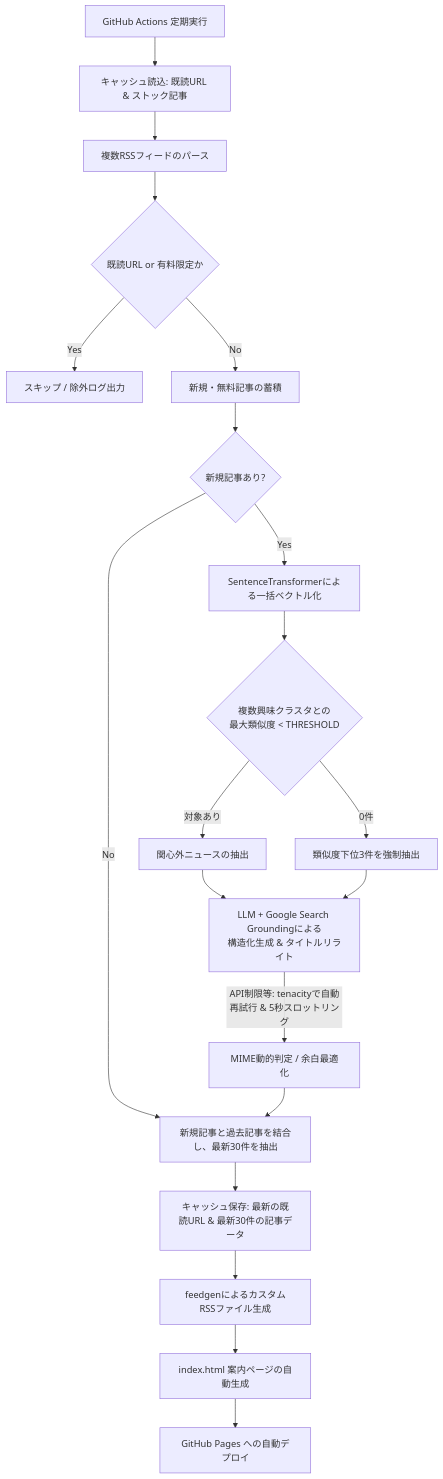
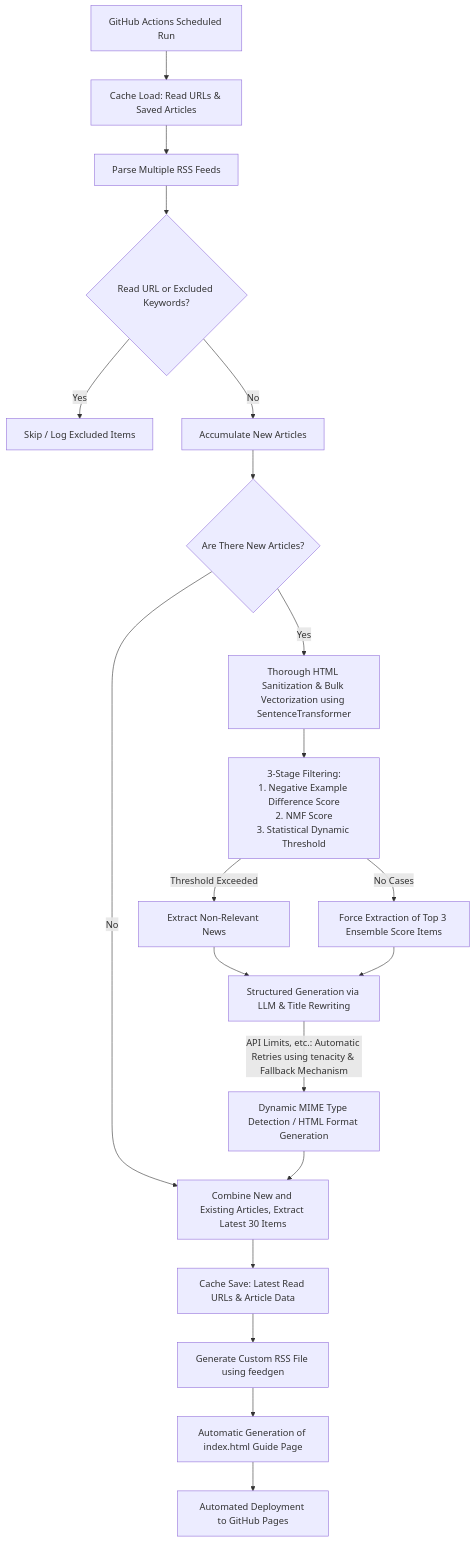
One commit to ph-cookie/bubble-breaker changed the diagram in README.md. Above: the diagram before and after it, drawn with Mermaid. The commit also changed other lines of this file and 3 other files, not shown here.

````diff
--- a/README.md
+++ b/README.md
@@ -46,26 +51,26 @@
 ```mermaid
 graph TD
-    A[GitHub Actions 定期実行] --> B[キャッシュ読込: 既読URL & ストック記事]
-    B --> C[複数RSSフィードのパース]
-    C --> D{既読URL or 有料限定か}
-    D -- Yes --> E[スキップ / 除外ログ出力]
-    D -- No --> F[新規・無料記事の蓄積]
+    A[GitHub Actions Scheduled Run] --> B[Cache Load: Read URLs & Saved Articles]
+    B --> C[Parse Multiple RSS Feeds]
+    C --> D{Read URL or Excluded Keywords?}
+    D -- Yes --> E[Skip / Log Excluded Items]
+    D -- No --> F[Accumulate New Articles]
     
-    F --> G{新規記事あり?}
-    G -- No ---> K
-    G -- Yes --> H[SentenceTransformerによる一括ベクトル化]
+    F --> G{Are There New Articles?}
+    G -- No --> K
+    G -- Yes --> H[Thorough HTML Sanitization & Bulk Vectorization using SentenceTransformer]
     
-    H --> I{複数興味クラスタとの\n最大類似度 < THRESHOLD}
-    I -- 対象あり --> J[関心外ニュースの抽出]
-    I -- 0件 --> J2[類似度下位3件を強制抽出]
+    H --> I[3-Stage Filtering:<br/>1. Negative Example Difference Score<br/>2. NMF Score<br/>3. Statistical Dynamic Threshold]
+    I -- Threshold Exceeded --> J[Extract Non-Relevant News]
+    I -- No Cases --> J2[Force Extraction of Top 3 Ensemble Score Items]
     
-    J --> L[LLM + Google Search Groundingによる\n構造化生成 & タイトルリライト]
+    J --> L[Structured Generation via LLM & Title Rewriting]
     J2 --> L
-    L -- "API制限等: tenacityで自動再試行 & 5秒スロットリング" --> M[MIME動的判定 / 余白最適化]
+    L -- API Limits, etc.: Automatic Retries using tenacity & Fallback Mechanism --> M[Dynamic MIME Type Detection / HTML Format Generation]
     
-    M --> K[新規記事と過去記事を結合し、最新30件を抽出]
-    K --> N[キャッシュ保存: 最新の既読URL & 最新30件の記事データ]
-    N --> O[feedgenによるカスタムRSSファイル生成]
-    O --> Q[index.html 案内ページの自動生成]
-    Q --> P[GitHub Pages への自動デプロイ]
+    M --> K[Combine New and Existing Articles, Extract Latest 30 Items]
+    K --> N[Cache Save: Latest Read URLs & Article Data]
+    N --> O[Generate Custom RSS File using feedgen]
+    O --> Q[Automatic Generation of index.html Guide Page]
+    Q --> P[Automated Deployment to GitHub Pages]
 ```
````
